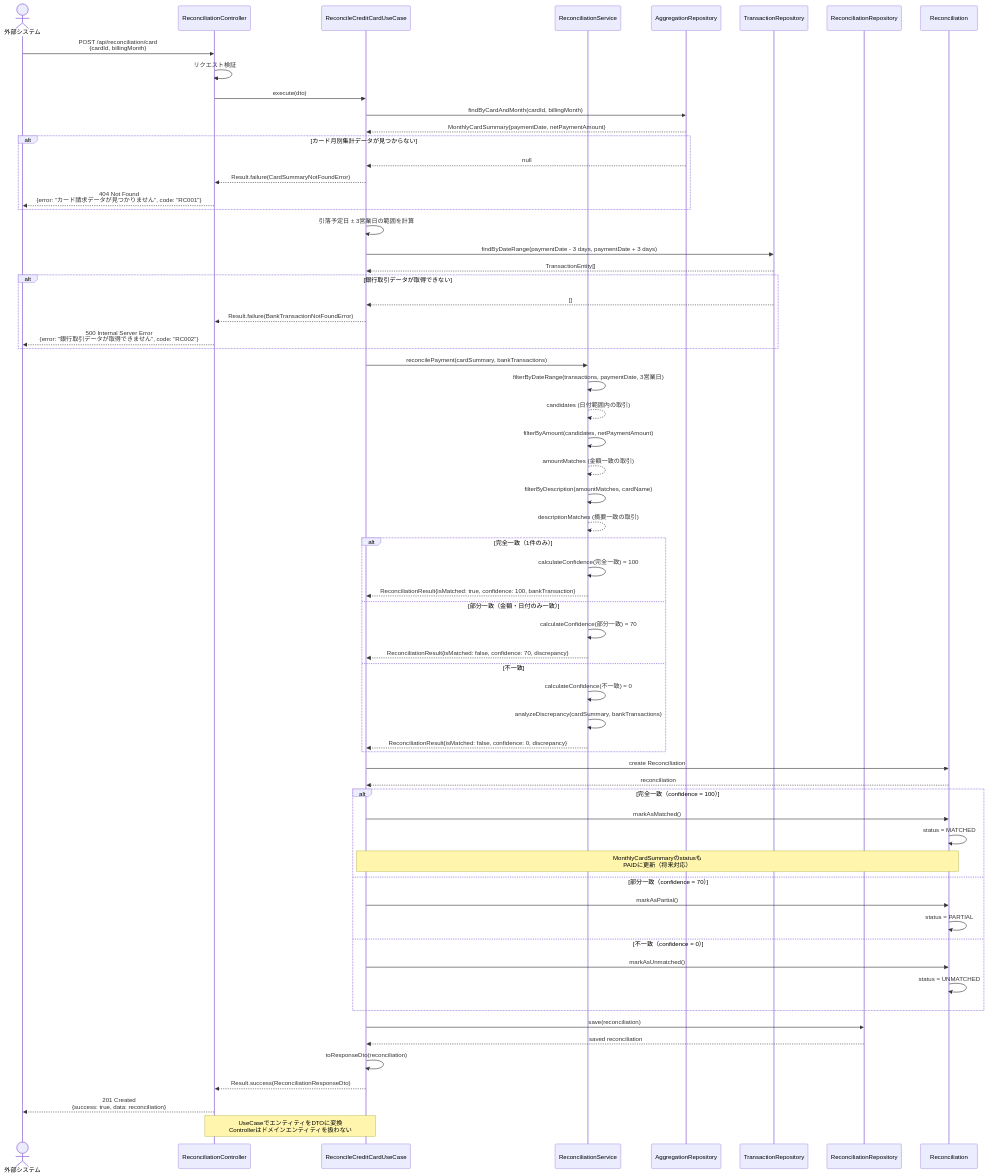
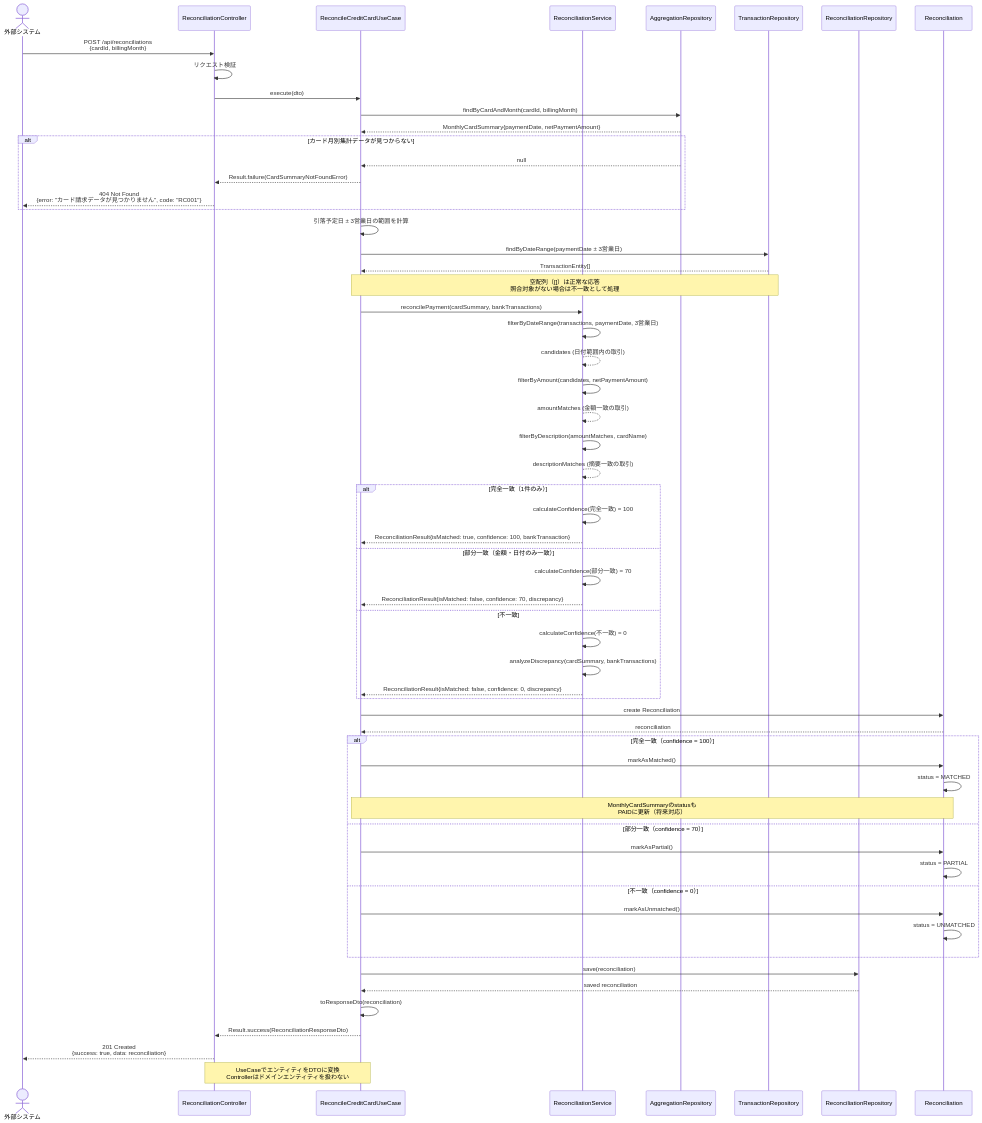
Before and after one commit to kencom2400/account-book: the first of 10 diagrams in docs/detailed-design/FR-013_bank-withdrawal-reconciliation/sequence-diagrams.md, drawn with Mermaid. The commit also changed other lines of this file and 4 other files, not shown here.

````diff
--- a/docs/detailed-design/FR-013_bank-withdrawal-reconciliation/sequence-diagrams.md
+++ b/docs/detailed-design/FR-013_bank-withdrawal-reconciliation/sequence-diagrams.md
@@ -36,82 +36,78 @@
 ```mermaid
 sequenceDiagram
     actor User as 外部システム
     participant API as ReconciliationController
     participant UC as ReconcileCreditCardUseCase
     participant RS as ReconciliationService
     participant AR as AggregationRepository
     participant TR as TransactionRepository
     participant RR as ReconciliationRepository
     participant Entity as Reconciliation
 
-    User->>API: POST /api/reconciliation/card<br/>{cardId, billingMonth}
+    User->>API: POST /api/reconciliations<br/>{cardId, billingMonth}
 
     API->>API: リクエスト検証
     API->>UC: execute(dto)
 
     UC->>AR: findByCardAndMonth(cardId, billingMonth)
     AR-->>UC: MonthlyCardSummary{paymentDate, netPaymentAmount}
 
     alt カード月別集計データが見つからない
         AR-->>UC: null
         UC-->>API: Result.failure(CardSummaryNotFoundError)
         API-->>User: 404 Not Found<br/>{error: "カード請求データが見つかりません", code: "RC001"}
     end
 
     UC->>UC: 引落予定日 ± 3営業日の範囲を計算
-    UC->>TR: findByDateRange(paymentDate - 3 days, paymentDate + 3 days)
+    UC->>TR: findByDateRange(paymentDate ± 3営業日)
     TR-->>UC: TransactionEntity[]
 
-    alt 銀行取引データが取得できない
-        TR-->>UC: []
-        UC-->>API: Result.failure(BankTransactionNotFoundError)
-        API-->>User: 500 Internal Server Error<br/>{error: "銀行取引データが取得できません", code: "RC002"}
-    end
+    Note over UC,TR: 空配列（[]）は正常な応答<br/>照合対象がない場合は不一致として処理
 
     UC->>RS: reconcilePayment(cardSummary, bankTransactions)
 
     RS->>RS: filterByDateRange(transactions, paymentDate, 3営業日)
     RS-->>RS: candidates (日付範囲内の取引)
 
     RS->>RS: filterByAmount(candidates, netPaymentAmount)
     RS-->>RS: amountMatches (金額一致の取引)
 
     RS->>RS: filterByDescription(amountMatches, cardName)
     RS-->>RS: descriptionMatches (摘要一致の取引)
 
     alt 完全一致（1件のみ）
         RS->>RS: calculateConfidence(完全一致) = 100
         RS-->>UC: ReconciliationResult{isMatched: true, confidence: 100, bankTransaction}
     else 部分一致（金額・日付のみ一致）
         RS->>RS: calculateConfidence(部分一致) = 70
         RS-->>UC: ReconciliationResult{isMatched: false, confidence: 70, discrepancy}
     else 不一致
         RS->>RS: calculateConfidence(不一致) = 0
         RS->>RS: analyzeDiscrepancy(cardSummary, bankTransactions)
         RS-->>UC: ReconciliationResult{isMatched: false, confidence: 0, discrepancy}
     end
 
     UC->>Entity: create Reconciliation
     Entity-->>UC: reconciliation
 
     alt 完全一致（confidence = 100）
         UC->>Entity: markAsMatched()
         Entity->>Entity: status = MATCHED
         Note over UC,Entity: MonthlyCardSummaryのstatusも<br/>PAIDに更新（将来対応）
     else 部分一致（confidence = 70）
         UC->>Entity: markAsPartial()
         Entity->>Entity: status = PARTIAL
     else 不一致（confidence = 0）
         UC->>Entity: markAsUnmatched()
         Entity->>Entity: status = UNMATCHED
     end
 
     UC->>RR: save(reconciliation)
     RR-->>UC: saved reconciliation
 
     UC->>UC: toResponseDto(reconciliation)
     UC-->>API: Result.success(ReconciliationResponseDto)
     API-->>User: 201 Created<br/>{success: true, data: reconciliation}
 
     Note over UC,API: UseCaseでエンティティをDTOに変換<br/>Controllerはドメインエンティティを扱わない
 ```
````
